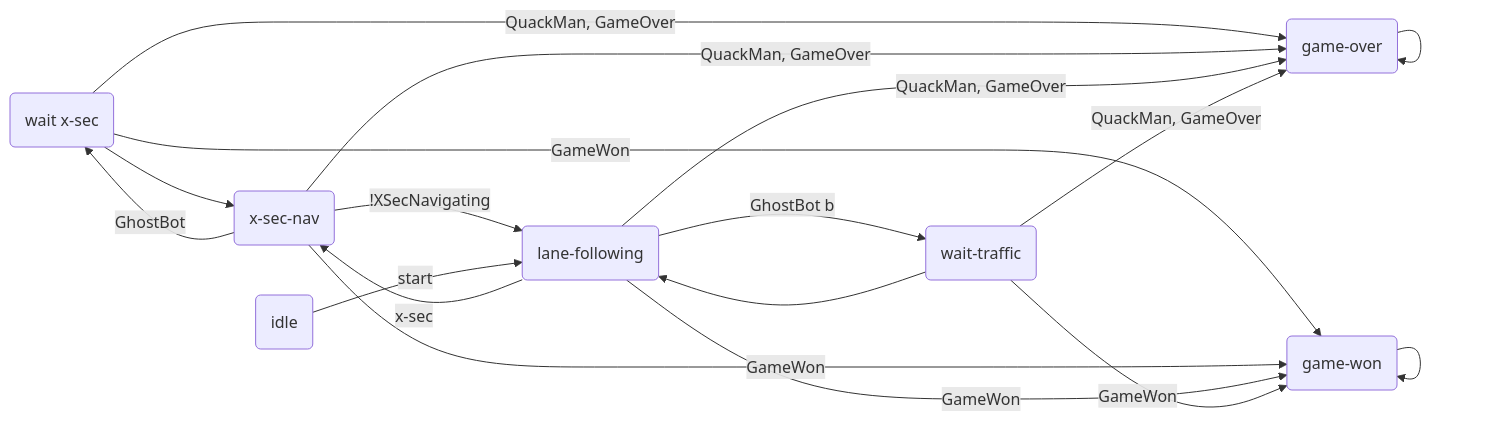
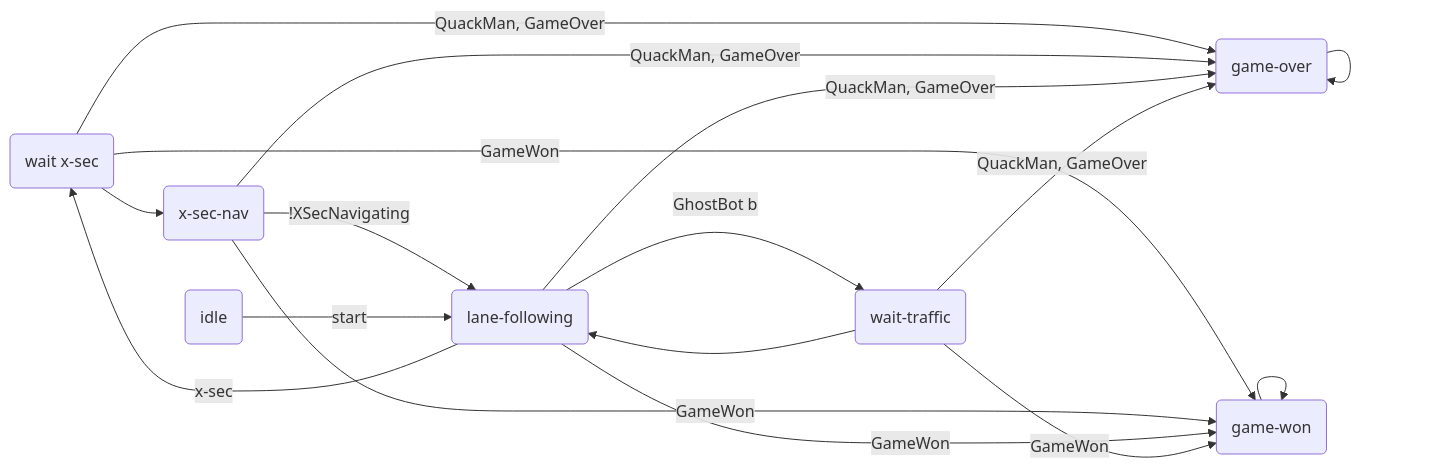
One commit to Duckietown-QuackMan/state_controller changed the first of 2 diagrams in README.md. Above: the diagram before and after it, drawn with Mermaid. The commit also changed other lines of this file and 3 other files, not shown here.

````diff
--- a/README.md
+++ b/README.md
@@ -11,25 +11,25 @@
 ```mermaid
 graph LR;
 wx(wait x-sec)
 xn(x-sec-nav)
 lf(lane-following)
 go(game-over)
 gw(game-won)
 i(idle)
 wt(wait-traffic)
 lf -- "GhostBot b" --> wt --> lf
-lf -- x-sec --> xn
-xn -- "GhostBot" --> wx --> xn
+lf -- x-sec --> wx
+wx --> xn
 xn -- !XSecNavigating --> lf
 i -- start --> lf
 wx -- QuackMan, GameOver --> go
 xn -- QuackMan, GameOver --> go
 lf -- QuackMan, GameOver --> go
 wt -- QuackMan, GameOver --> go
 go --> go
 wx -- GameWon --> gw
 xn -- GameWon --> gw
 lf -- GameWon --> gw
 wt -- GameWon --> gw
 gw --> gw
 ```
````
